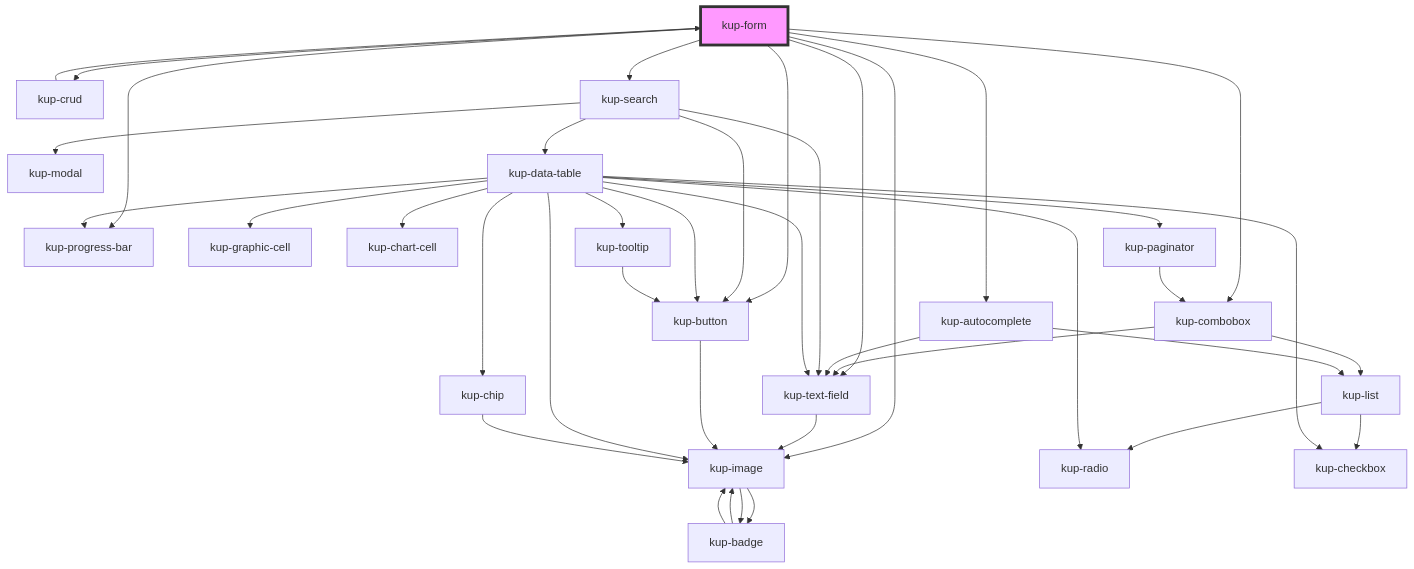
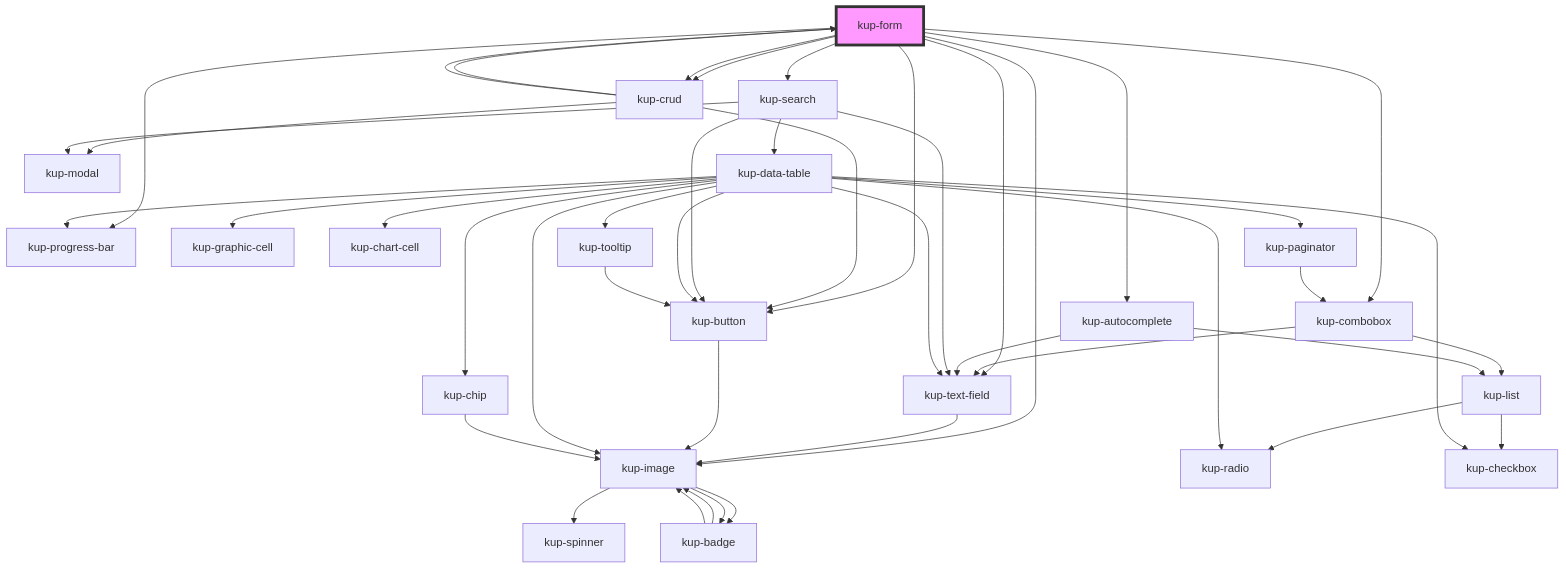
The diagram in packages/ketchup/src/components/kup-form/readme.md (smeup/ketchup), drawn with Mermaid before and after one commit. The commit also changed other lines of this file and 25 other files, not shown here.

````diff
--- a/packages/ketchup/src/components/kup-form/readme.md
+++ b/packages/ketchup/src/components/kup-form/readme.md
@@ -131,43 +132,48 @@
 ```mermaid
 graph TD;
   kup-form --> kup-combobox
   kup-form --> kup-crud
   kup-form --> kup-autocomplete
   kup-form --> kup-search
   kup-form --> kup-image
   kup-form --> kup-progress-bar
   kup-form --> kup-text-field
   kup-form --> kup-button
+  kup-form --> kup-crud
   kup-combobox --> kup-text-field
   kup-combobox --> kup-list
   kup-text-field --> kup-image
   kup-image --> kup-badge
+  kup-image --> kup-spinner
   kup-image --> kup-badge
   kup-badge --> kup-image
   kup-badge --> kup-image
   kup-list --> kup-radio
   kup-list --> kup-checkbox
+  kup-crud --> kup-button
+  kup-crud --> kup-modal
+  kup-crud --> kup-form
   kup-crud --> kup-form
   kup-button --> kup-image
   kup-autocomplete --> kup-text-field
   kup-autocomplete --> kup-list
   kup-search --> kup-text-field
   kup-search --> kup-button
   kup-search --> kup-modal
   kup-search --> kup-data-table
   kup-data-table --> kup-checkbox
   kup-data-table --> kup-text-field
   kup-data-table --> kup-image
   kup-data-table --> kup-button
   kup-data-table --> kup-graphic-cell
   kup-data-table --> kup-chart-cell
   kup-data-table --> kup-progress-bar
   kup-data-table --> kup-radio
   kup-data-table --> kup-tooltip
   kup-data-table --> kup-paginator
   kup-data-table --> kup-chip
   kup-tooltip --> kup-button
   kup-paginator --> kup-combobox
   kup-chip --> kup-image
   style kup-form fill:#f9f,stroke:#333,stroke-width:4px
 ```
````
